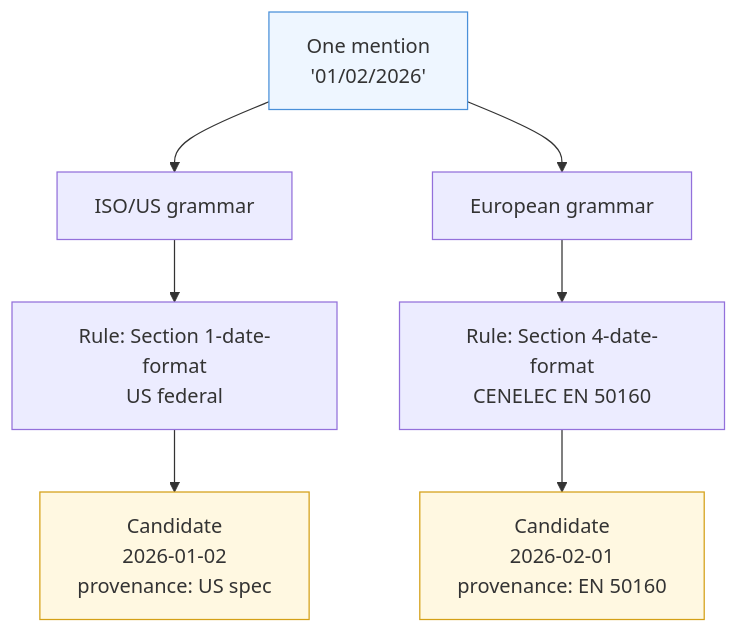
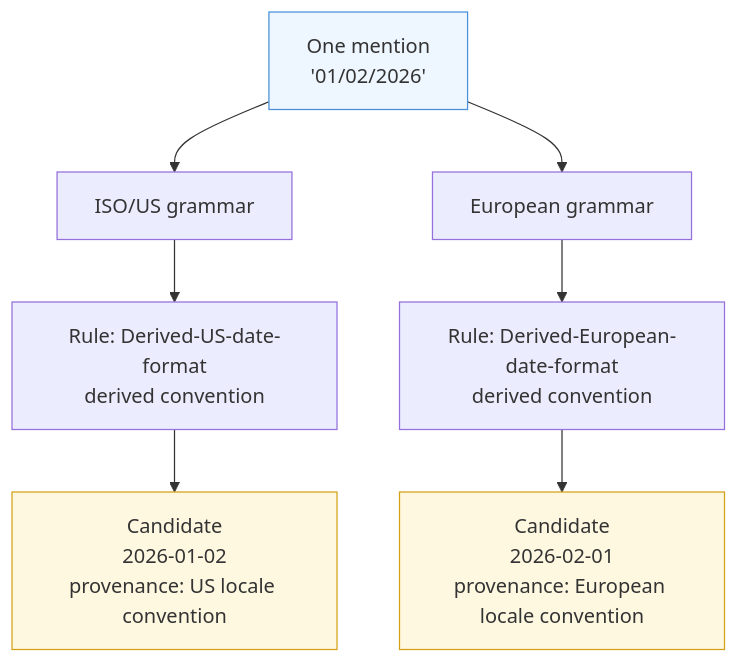
The first of 2 diagrams in docs/user/concepts/candidates-and-ambiguity.md (nexusnv/paxman-python), drawn with Mermaid before and after one commit. The commit also changed other lines of this file and 13 other files, not shown here.

````diff
--- a/docs/user/concepts/candidates-and-ambiguity.md
+++ b/docs/user/concepts/candidates-and-ambiguity.md
@@ -23,13 +23,13 @@
 ```mermaid
 flowchart TB
     M[One mention<br>'01/02/2026'] --> G1[ISO/US grammar]
     M --> G2[European grammar]
-    G1 --> R1[Rule: Section 1-date-format<br>US federal]
-    G2 --> R2[Rule: Section 4-date-format<br>CENELEC EN 50160]
-    R1 --> C1[Candidate<br>2026-01-02<br>provenance: US spec]
-    R2 --> C2[Candidate<br>2026-02-01<br>provenance: EN 50160]
+    G1 --> R1[Rule: Derived-US-date-format<br>derived convention]
+    G2 --> R2[Rule: Derived-European-date-format<br>derived convention]
+    R1 --> C1[Candidate<br>2026-01-02<br>provenance: US locale convention]
+    R2 --> C2[Candidate<br>2026-02-01<br>provenance: European locale convention]
 
     style M fill:#eef6ff,stroke:#4a90d9
     style C1 fill:#fff8e1,stroke:#d4a017
     style C2 fill:#fff8e1,stroke:#d4a017
 ```
````
